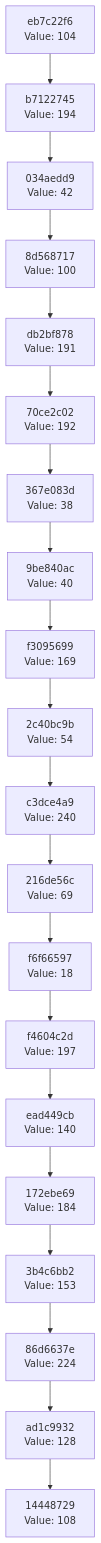
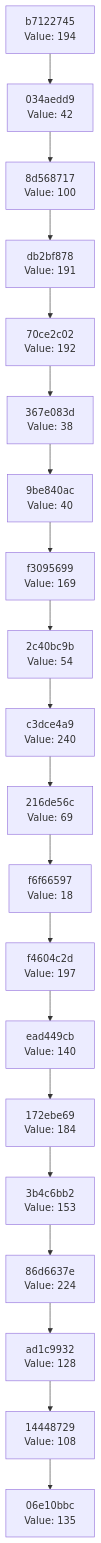
One commit to Abhisheksinha1506/hash-chain-evolver changed the diagram in docs/CHAIN_VISUALIZATION.md. Above: the diagram before and after it, drawn with Mermaid. The commit also changed 2 other files, not shown here.

Commit message:
Evolution step: hash 0x87 → action executed

````diff
--- a/docs/CHAIN_VISUALIZATION.md
+++ b/docs/CHAIN_VISUALIZATION.md
@@ -3,42 +3,42 @@
 ```mermaid
 graph TD
-    C0["14448729<br/>Value: 108"]
-    C1["ad1c9932<br/>Value: 128"]
+    C0["06e10bbc<br/>Value: 135"]
+    C1["14448729<br/>Value: 108"]
     C1 --> C0
-    C2["86d6637e<br/>Value: 224"]
+    C2["ad1c9932<br/>Value: 128"]
     C2 --> C1
-    C3["3b4c6bb2<br/>Value: 153"]
+    C3["86d6637e<br/>Value: 224"]
     C3 --> C2
-    C4["172ebe69<br/>Value: 184"]
+    C4["3b4c6bb2<br/>Value: 153"]
     C4 --> C3
-    C5["ead449cb<br/>Value: 140"]
+    C5["172ebe69<br/>Value: 184"]
     C5 --> C4
-    C6["f4604c2d<br/>Value: 197"]
+    C6["ead449cb<br/>Value: 140"]
     C6 --> C5
-    C7["f6f66597<br/>Value: 18"]
+    C7["f4604c2d<br/>Value: 197"]
     C7 --> C6
-    C8["216de56c<br/>Value: 69"]
+    C8["f6f66597<br/>Value: 18"]
     C8 --> C7
-    C9["c3dce4a9<br/>Value: 240"]
+    C9["216de56c<br/>Value: 69"]
     C9 --> C8
-    C10["2c40bc9b<br/>Value: 54"]
+    C10["c3dce4a9<br/>Value: 240"]
     C10 --> C9
-    C11["f3095699<br/>Value: 169"]
+    C11["2c40bc9b<br/>Value: 54"]
     C11 --> C10
-    C12["9be840ac<br/>Value: 40"]
+    C12["f3095699<br/>Value: 169"]
     C12 --> C11
-    C13["367e083d<br/>Value: 38"]
+    C13["9be840ac<br/>Value: 40"]
     C13 --> C12
-    C14["70ce2c02<br/>Value: 192"]
+    C14["367e083d<br/>Value: 38"]
     C14 --> C13
-    C15["db2bf878<br/>Value: 191"]
+    C15["70ce2c02<br/>Value: 192"]
     C15 --> C14
-    C16["8d568717<br/>Value: 100"]
+    C16["db2bf878<br/>Value: 191"]
     C16 --> C15
-    C17["034aedd9<br/>Value: 42"]
+    C17["8d568717<br/>Value: 100"]
     C17 --> C16
-    C18["b7122745<br/>Value: 194"]
+    C18["034aedd9<br/>Value: 42"]
     C18 --> C17
-    C19["eb7c22f6<br/>Value: 104"]
+    C19["b7122745<br/>Value: 194"]
     C19 --> C18
 ```
````
